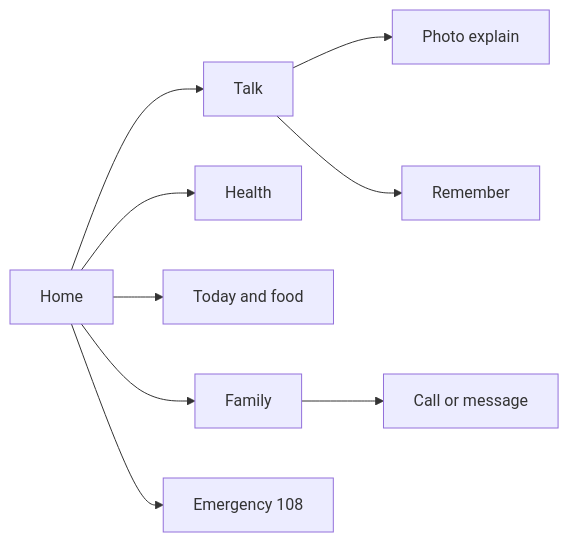
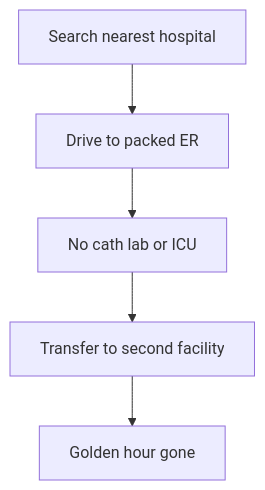
The first of 12 diagrams in README.md (dipanshuchoudhary-data/LifeRouteAI), drawn with Mermaid before and after one commit. The commit also changed other lines of this file and 139 other files, not shown here.

````diff
--- a/README.md
+++ b/README.md
@@ -113,11 +74,7 @@
 ```mermaid
-flowchart LR
-    A["Home"] --> B["Talk"]
-    A --> C["Health"]
-    A --> D["Today and food"]
-    A --> E["Family"]
-    B --> F["Photo explain"]
-    B --> G["Remember"]
-    E --> H["Call or message"]
-    A --> I["Emergency 108"]
+flowchart TD
+    A["Search nearest hospital"] --> B["Drive to packed ER"]
+    B --> C["No cath lab or ICU"]
+    C --> D["Transfer to second facility"]
+    D --> E["Golden hour gone"]
 ```
````
